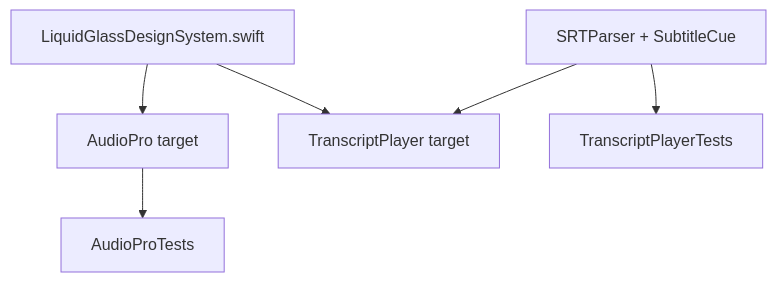
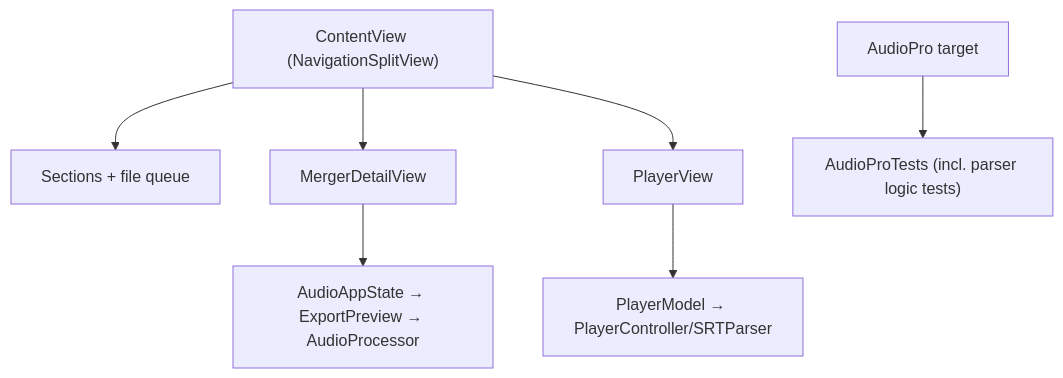
The first of 7 diagrams in docs/architecture.md (CometaSensitiva/AudioPro), drawn with Mermaid before and after one commit. The commit also changed other lines of this file and 5 other files, not shown here.

````diff
--- a/docs/architecture.md
+++ b/docs/architecture.md
@@ -5,8 +5,9 @@
 ```mermaid
 flowchart TD
-    Design["LiquidGlassDesignSystem.swift"] --> AudioPro["AudioPro target"]
-    Design --> TranscriptPlayer["TranscriptPlayer target"]
-    AudioPro --> AudioTests["AudioProTests"]
-    TranscriptSources["SRTParser + SubtitleCue"] --> TranscriptPlayer
-    TranscriptSources --> TranscriptTests["TranscriptPlayerTests"]
+    CV["ContentView (NavigationSplitView)"] --> Sidebar["Sections + file queue"]
+    CV --> Merger["MergerDetailView"]
+    CV --> Player["PlayerView"]
+    Merger --> State["AudioAppState → ExportPreview → AudioProcessor"]
+    Player --> PM["PlayerModel → PlayerController/SRTParser"]
+    AudioPro["AudioPro target"] --> AudioTests["AudioProTests (incl. parser logic tests)"]
 ```
````
